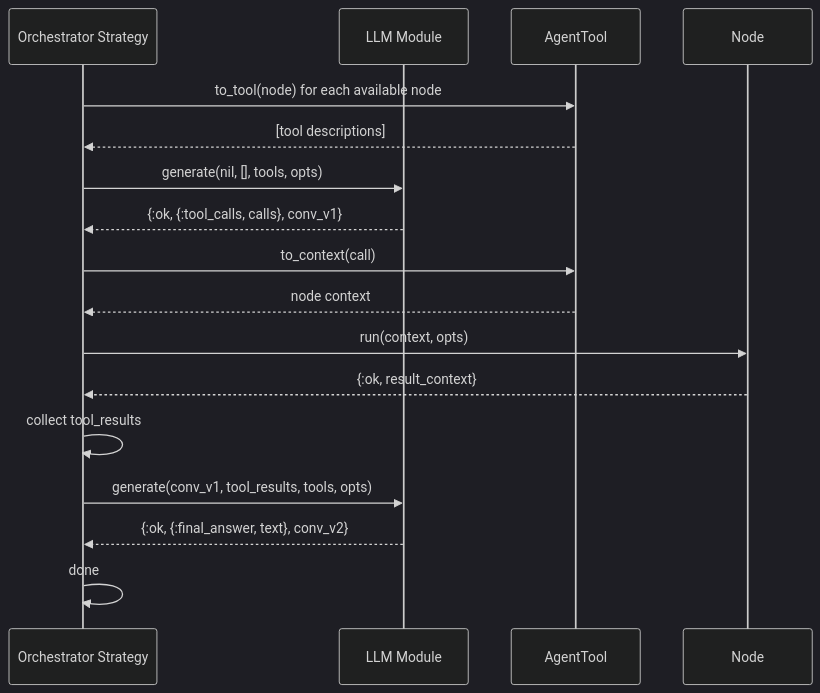
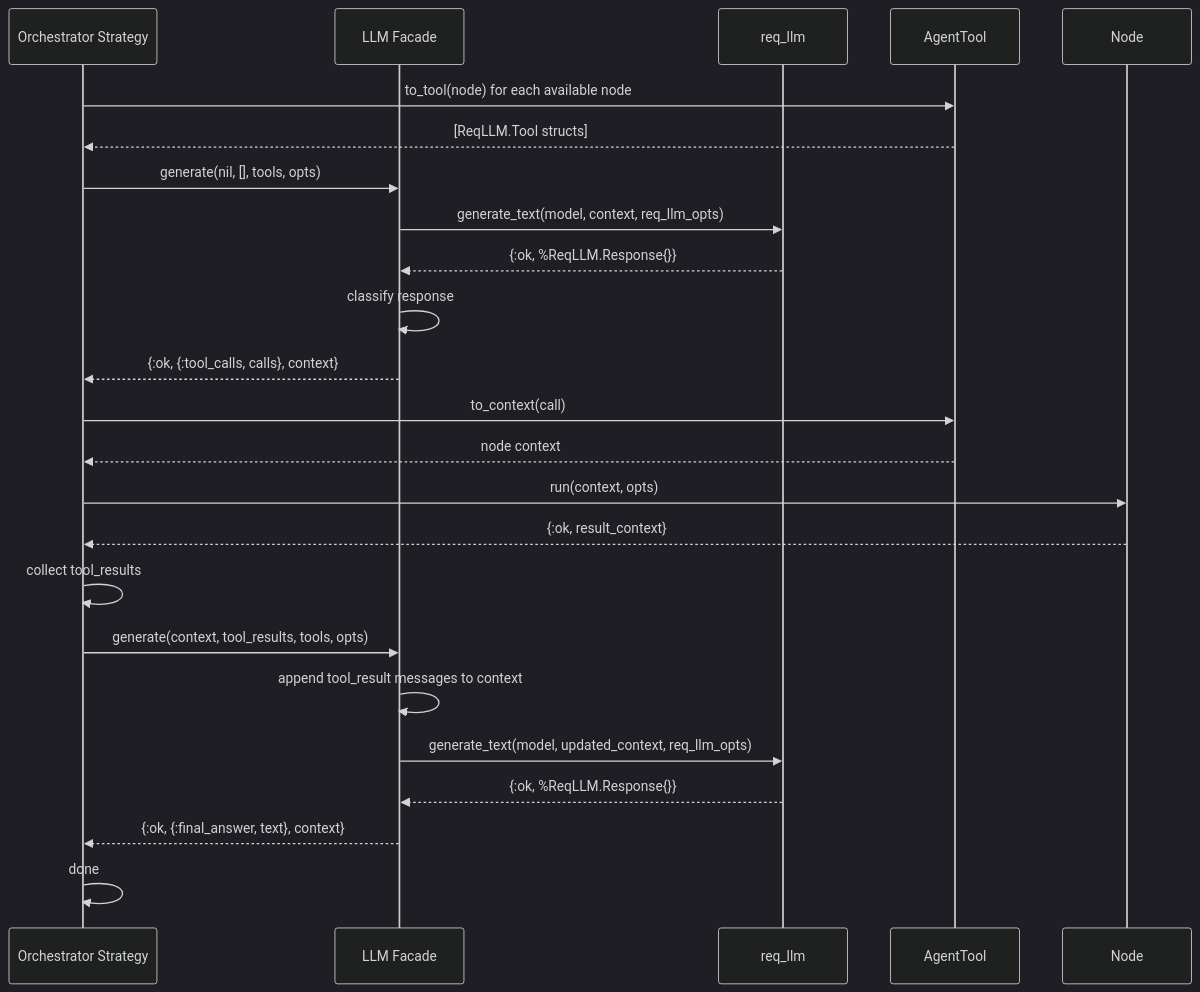
One commit to lostbean/jido_composer changed the third of 4 diagrams in docs/design/orchestrator/llm-behaviour.md. Above: the diagram before and after it, drawn with Mermaid (dark theme). The commit also changed other lines of this file and 39 other files, not shown here.

First line of the commit message:
feat: migrate LLM integration from custom behaviour to req_llm

````diff
--- a/docs/design/orchestrator/llm-behaviour.md
+++ b/docs/design/orchestrator/llm-behaviour.md
@@ -99,20 +137,27 @@
 ```mermaid
 sequenceDiagram
     participant Strategy as Orchestrator Strategy
-    participant LLM as LLM Module
+    participant Facade as LLM Facade
+    participant ReqLLM as req_llm
     participant Tool as AgentTool
     participant Node as Node
 
     Strategy->>Tool: to_tool(node) for each available node
-    Tool-->>Strategy: [tool descriptions]
-    Strategy->>LLM: generate(nil, [], tools, opts)
-    LLM-->>Strategy: {:ok, {:tool_calls, calls}, conv_v1}
+    Tool-->>Strategy: [ReqLLM.Tool structs]
+    Strategy->>Facade: generate(nil, [], tools, opts)
+    Facade->>ReqLLM: generate_text(model, context, req_llm_opts)
+    ReqLLM-->>Facade: {:ok, %ReqLLM.Response{}}
+    Facade->>Facade: classify response
+    Facade-->>Strategy: {:ok, {:tool_calls, calls}, context}
     Strategy->>Tool: to_context(call)
     Tool-->>Strategy: node context
     Strategy->>Node: run(context, opts)
     Node-->>Strategy: {:ok, result_context}
     Strategy->>Strategy: collect tool_results
-    Strategy->>LLM: generate(conv_v1, tool_results, tools, opts)
-    LLM-->>Strategy: {:ok, {:final_answer, text}, conv_v2}
+    Strategy->>Facade: generate(context, tool_results, tools, opts)
+    Facade->>Facade: append tool_result messages to context
+    Facade->>ReqLLM: generate_text(model, updated_context, req_llm_opts)
+    ReqLLM-->>Facade: {:ok, %ReqLLM.Response{}}
+    Facade-->>Strategy: {:ok, {:final_answer, text}, context}
     Strategy->>Strategy: done
 ```
````
